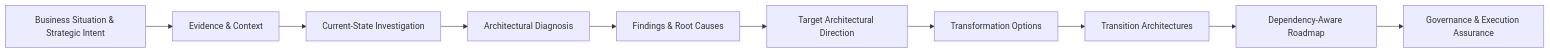
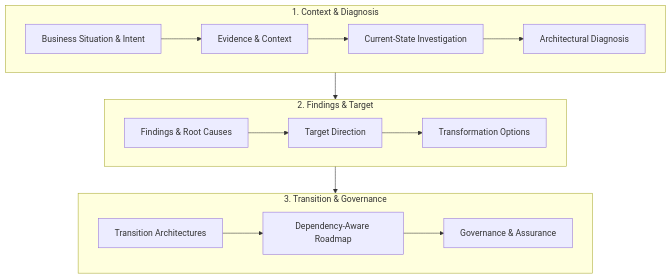
One commit to avfranco-br/portfolio changed the first of 22 diagrams in docs/sop/methods/architecture-assessment-roadmap-report.v2.md. Above: the diagram before and after it, drawn with Mermaid. The commit also changed other lines of this file and 10 other files, not shown here.

Commit message:
Refactor Mermaid diagrams across SOP and methods documentation for legibility

````diff
--- a/docs/sop/methods/architecture-assessment-roadmap-report.v2.md
+++ b/docs/sop/methods/architecture-assessment-roadmap-report.v2.md
@@ -160,22 +160,24 @@
 ```mermaid
-flowchart LR
-    Business["Business Situation & Strategic Intent"]
-    Evidence["Evidence & Context"]
-    Current["Current-State Investigation"]
-    Diagnosis["Architectural Diagnosis"]
-    Findings["Findings & Root Causes"]
-    Direction["Target Architectural Direction"]
-    Options["Transformation Options"]
-    Transition["Transition Architectures"]
-    Roadmap["Dependency-Aware Roadmap"]
-    Governance["Governance & Execution Assurance"]
-    Business --> Evidence
-    Evidence --> Current
-    Current --> Diagnosis
+flowchart TD
+    subgraph Tier1["1. Context & Diagnosis"]
+        direction LR
+        Business["Business Situation & Intent"] --> Evidence["Evidence & Context"]
+        Evidence --> Current["Current-State Investigation"]
+        Current --> Diagnosis["Architectural Diagnosis"]
+    end
+
+    subgraph Tier2["2. Findings & Target"]
+        direction LR
+        Findings["Findings & Root Causes"] --> Direction["Target Direction"]
+        Direction --> Options["Transformation Options"]
+    end
+
+    subgraph Tier3["3. Transition & Governance"]
+        direction LR
+        Transition["Transition Architectures"] --> Roadmap["Dependency-Aware Roadmap"]
+        Roadmap --> Governance["Governance & Assurance"]
+    end
+
     Diagnosis --> Findings
-    Findings --> Direction
-    Direction --> Options
     Options --> Transition
-    Transition --> Roadmap
-    Roadmap --> Governance
 ```
````
